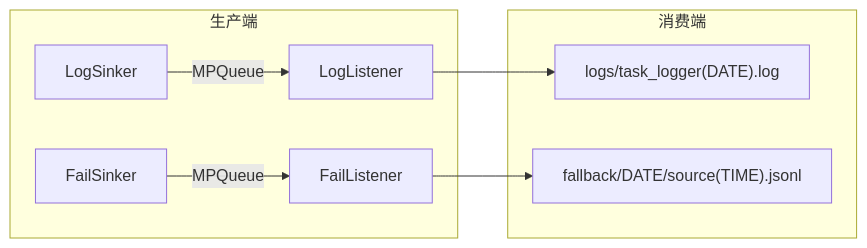
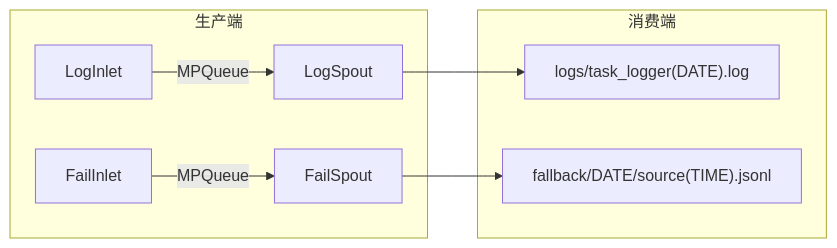
The sixth of 9 diagrams in docs/presentation.md (Mr-xiaotian/CelestialFlow), drawn with Mermaid before and after one commit. The commit also changed other lines of this file and 9 other files, not shown here.

````diff
--- a/docs/presentation.md
+++ b/docs/presentation.md
@@ -340,12 +340,12 @@
 ```mermaid
 graph LR
     subgraph 生产端
-        A[LogSinker] -->|MPQueue| B[LogListener]
-        C[FailSinker] -->|MPQueue| D[FailListener]
+        A[LogInlet] -->|MPQueue| B[LogSpout]
+        C[FailInlet] -->|MPQueue| D[FailSpout]
     end
 
     subgraph 消费端
         B --> E["logs/task_logger(DATE).log"]
         D --> F["fallback/DATE/source(TIME).jsonl"]
     end
 ```
````
